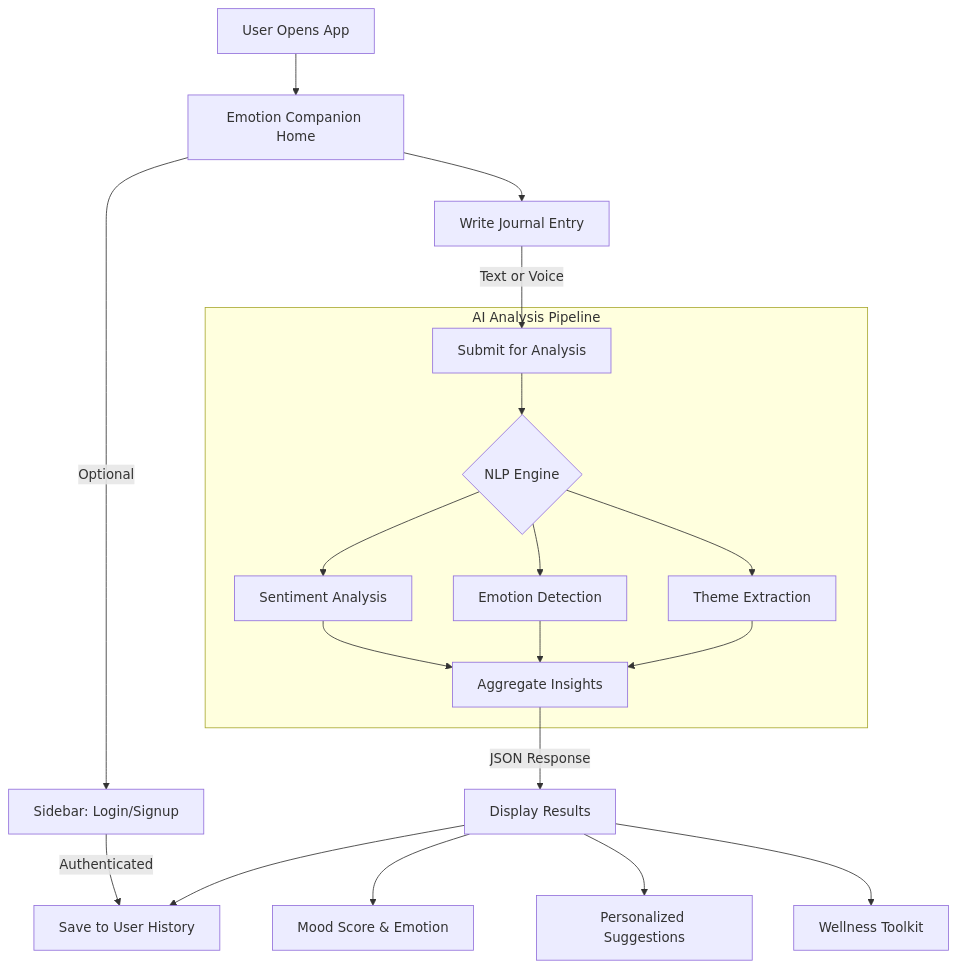
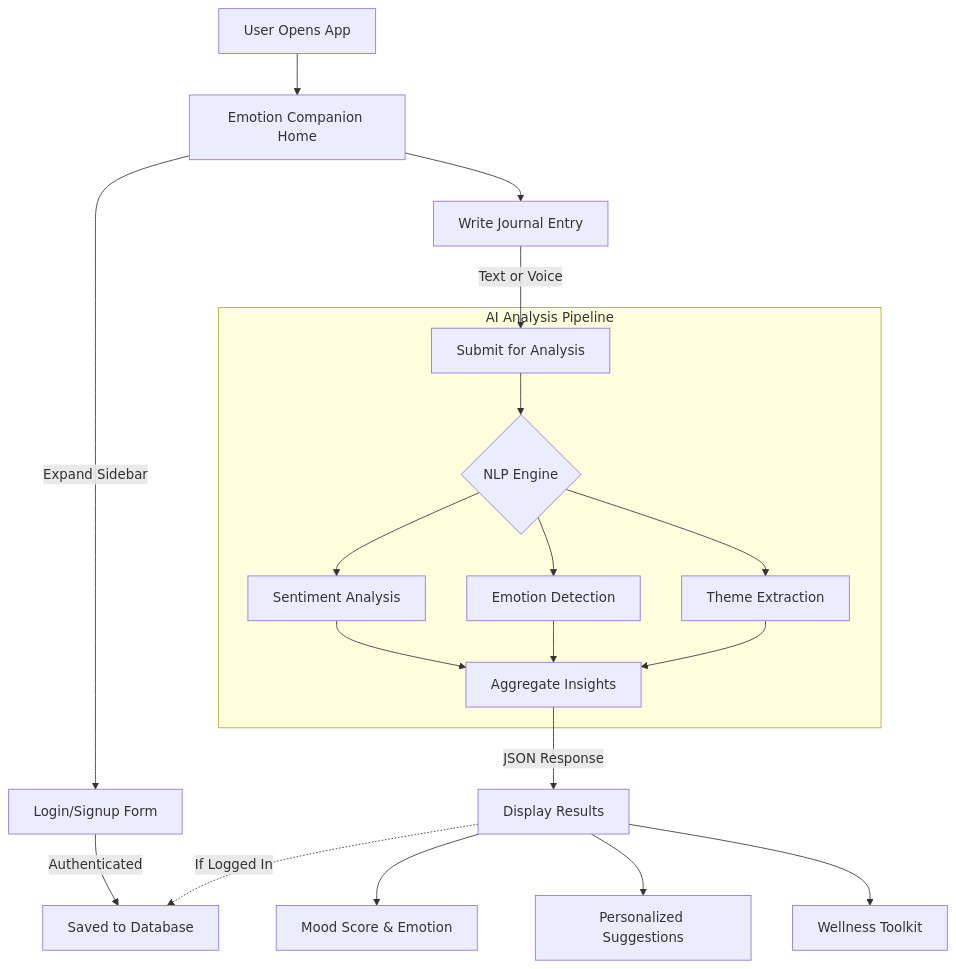
Before and after one commit to Shraa98/emotion-companion: the diagram in README.md, drawn with Mermaid. The commit also changed other lines of this file, not shown here.

Commit message:
docs: Clarify sidebar authentication in workflow diagram

````diff
--- a/README.md
+++ b/README.md
@@ -54,23 +54,23 @@
 ```mermaid
 graph TD
     A[User Opens App] --> B[Emotion Companion Home]
-    B -->|Optional| C[Sidebar: Login/Signup]
+    B -->|Expand Sidebar| C[Login/Signup Form]
     B --> D[Write Journal Entry]
     D -->|Text or Voice| E[Submit for Analysis]
     
     subgraph "AI Analysis Pipeline"
     E --> F{NLP Engine}
     F --> G[Sentiment Analysis]
     F --> H[Emotion Detection]
     F --> I[Theme Extraction]
     G & H & I --> J[Aggregate Insights]
     end
     
     J -->|JSON Response| K[Display Results]
     K --> L[Mood Score & Emotion]
     K --> M[Personalized Suggestions]
     K --> N[Wellness Toolkit]
     
-    C -->|Authenticated| O[Save to User History]
-    K --> O
+    C -->|Authenticated| O[Saved to Database]
+    K -.->|If Logged In| O
 ```
````
